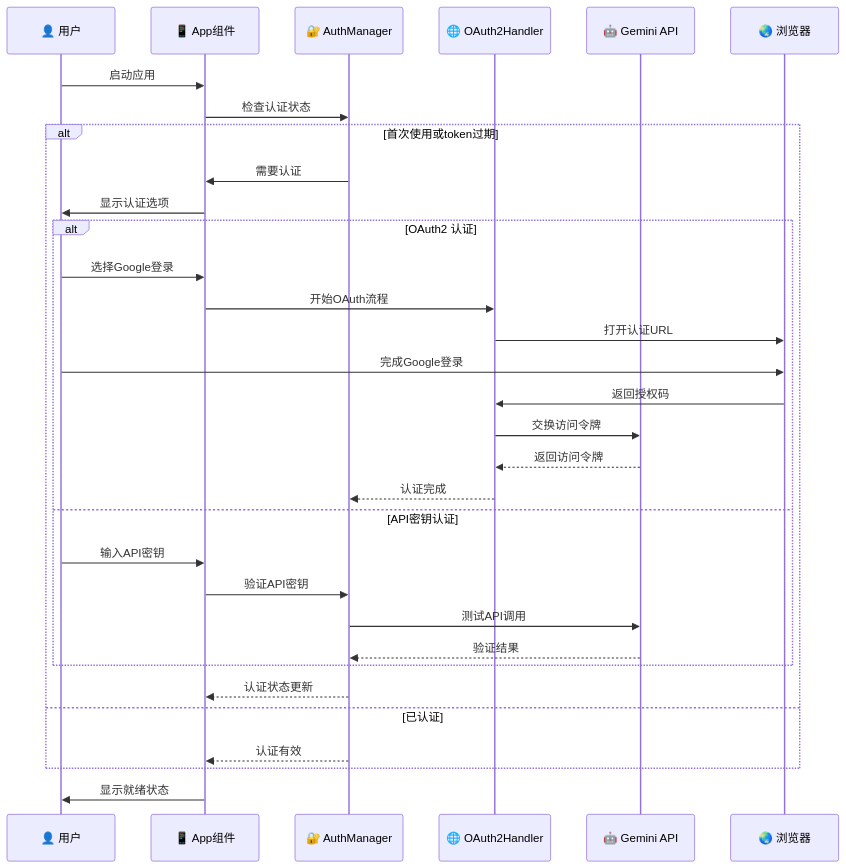
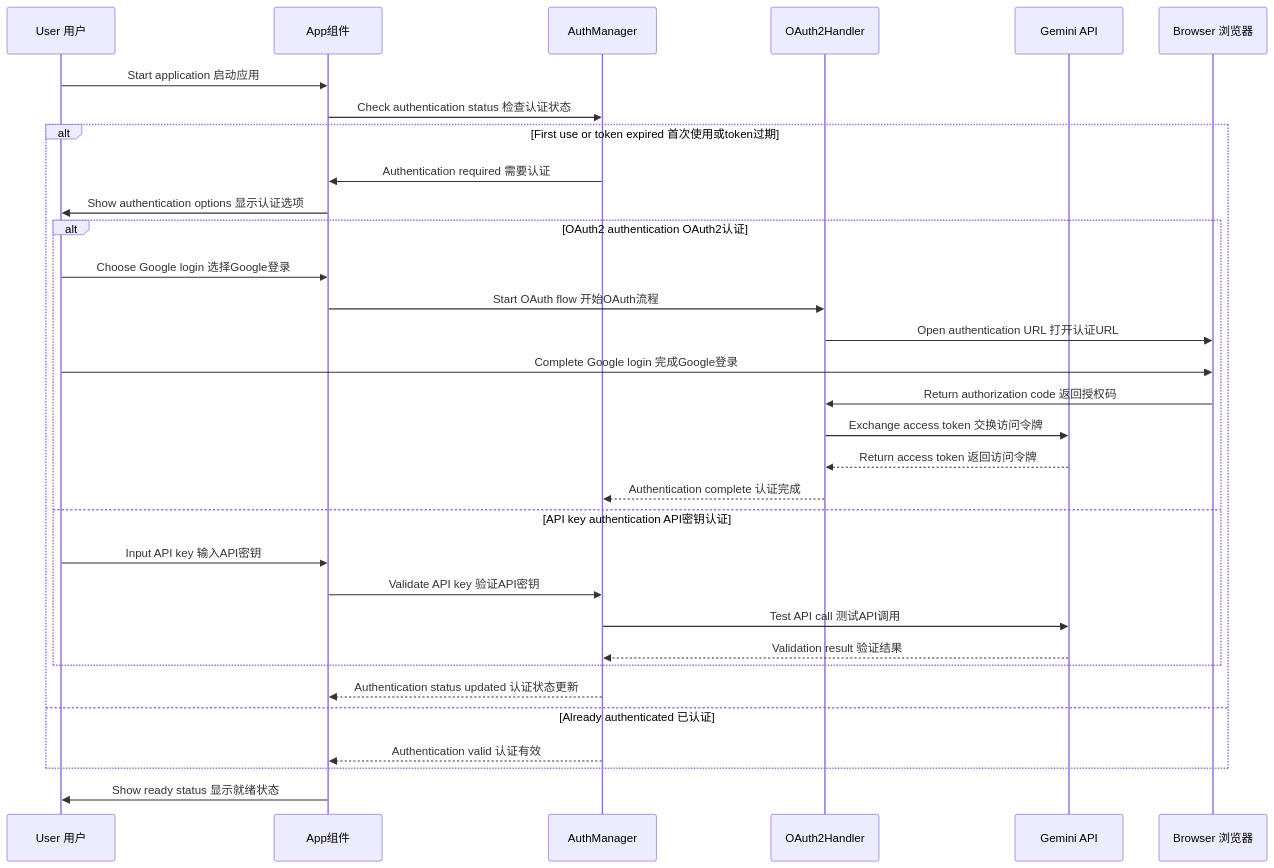
The third of 6 diagrams in docs/articles/gemini-cli-user-interaction-sequence.md (zhuangbiaowei/vitepress-ospo-writing-project), drawn with Mermaid before and after one commit. The commit also changed other lines of this file and 128 other files, not shown here.

````diff
--- a/docs/articles/gemini-cli-user-interaction-sequence.md
+++ b/docs/articles/gemini-cli-user-interaction-sequence.md
@@ -111,39 +111,39 @@
 ```mermaid
 sequenceDiagram
-    participant User as 👤 用户
-    participant App as 📱 App组件
-    participant AuthManager as 🔐 AuthManager
-    participant OAuth2Handler as 🌐 OAuth2Handler
-    participant GeminiAPI as 🤖 Gemini API
-    participant Browser as 🌏 浏览器
+    participant User as User 用户
+    participant App as App组件
+    participant AuthManager as AuthManager
+    participant OAuth2Handler as OAuth2Handler
+    participant GeminiAPI as Gemini API
+    participant Browser as Browser 浏览器
 
-    User->>App: 启动应用
-    App->>AuthManager: 检查认证状态
+    User->>App: Start application 启动应用
+    App->>AuthManager: Check authentication status 检查认证状态
     
-    alt 首次使用或token过期
-        AuthManager->>App: 需要认证
-        App->>User: 显示认证选项
+    alt First use or token expired 首次使用或token过期
+        AuthManager->>App: Authentication required 需要认证
+        App->>User: Show authentication options 显示认证选项
         
-        alt OAuth2 认证
-            User->>App: 选择Google登录
-            App->>OAuth2Handler: 开始OAuth流程
-            OAuth2Handler->>Browser: 打开认证URL
-            User->>Browser: 完成Google登录
-            Browser->>OAuth2Handler: 返回授权码
-            OAuth2Handler->>GeminiAPI: 交换访问令牌
-            GeminiAPI-->>OAuth2Handler: 返回访问令牌
-            OAuth2Handler-->>AuthManager: 认证完成
-        else API密钥认证
-            User->>App: 输入API密钥
-            App->>AuthManager: 验证API密钥
-            AuthManager->>GeminiAPI: 测试API调用
-            GeminiAPI-->>AuthManager: 验证结果
+        alt OAuth2 authentication OAuth2认证
+            User->>App: Choose Google login 选择Google登录
+            App->>OAuth2Handler: Start OAuth flow 开始OAuth流程
+            OAuth2Handler->>Browser: Open authentication URL 打开认证URL
+            User->>Browser: Complete Google login 完成Google登录
+            Browser->>OAuth2Handler: Return authorization code 返回授权码
+            OAuth2Handler->>GeminiAPI: Exchange access token 交换访问令牌
+            GeminiAPI-->>OAuth2Handler: Return access token 返回访问令牌
+            OAuth2Handler-->>AuthManager: Authentication complete 认证完成
+        else API key authentication API密钥认证
+            User->>App: Input API key 输入API密钥
+            App->>AuthManager: Validate API key 验证API密钥
+            AuthManager->>GeminiAPI: Test API call 测试API调用
+            GeminiAPI-->>AuthManager: Validation result 验证结果
         end
         
-        AuthManager-->>App: 认证状态更新
-    else 已认证
-        AuthManager-->>App: 认证有效
+        AuthManager-->>App: Authentication status updated 认证状态更新
+    else Already authenticated 已认证
+        AuthManager-->>App: Authentication valid 认证有效
     end
     
-    App->>User: 显示就绪状态
+    App->>User: Show ready status 显示就绪状态
 ```
````
